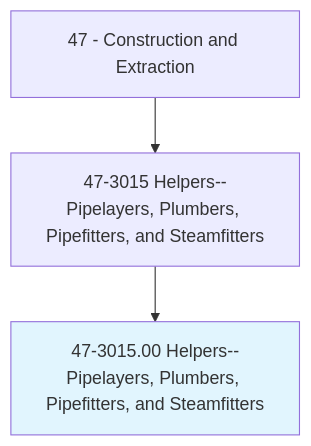
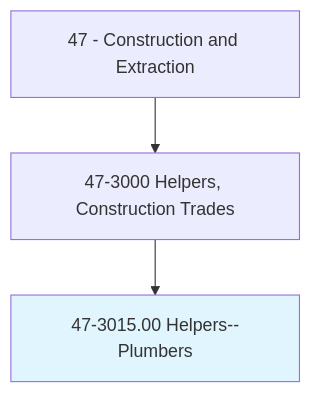
One commit to kziemski/business.org.ai changed the first of 4 diagrams in occupations/Construction/HelpersPipelayersPlumbersPipefittersAndSteamfitters.mdx. Above: the diagram before and after it, drawn with Mermaid. The commit also changed other lines of this file and 938 other files, not shown here.

````diff
--- a/occupations/Construction/HelpersPipelayersPlumbersPipefittersAndSteamfitters.mdx
+++ b/occupations/Construction/HelpersPipelayersPlumbersPipefittersAndSteamfitters.mdx
@@ -19,6 +23,6 @@
 ```mermaid
 graph TD
-    Cat47["47 - Construction and Extraction"] --> Group473015["47-3015 Helpers--Pipelayers, Plumbers, Pipefitters, and Steamfitters"]
-    Group473015 --> Current["47-3015.00 Helpers--Pipelayers, Plumbers, Pipefitters, and Steamfitters"]
+    Cat47["47 - Construction and Extraction"] --> Group473["47-3000 Helpers, Construction Trades"]
+    Group473 --> Current["47-3015.00 Helpers--Plumbers"]
     style Current fill:#e1f5fe
 ```
````
